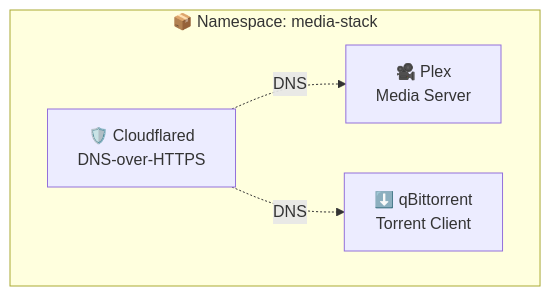
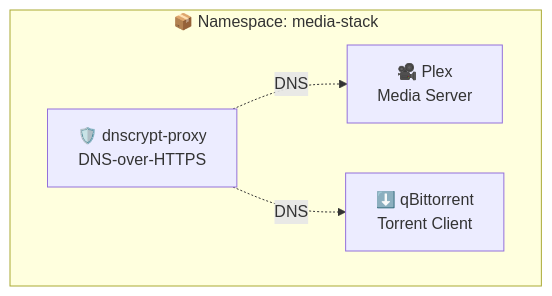
Before and after one commit to muchiny/media-stack-k8s: the second of 2 diagrams in base/README.md, drawn with Mermaid. The commit also changed 17 other files, not shown here.

First line of the commit message:
chore: Complete cloudflared to dnscrypt-proxy migration

````diff
--- a/base/README.md
+++ b/base/README.md
@@ -39,11 +39,11 @@
 ```mermaid
 graph TB
     subgraph "📦 Namespace: media-stack"
-        CF[🛡️ Cloudflared<br/>DNS-over-HTTPS]
+        DNS[🛡️ dnscrypt-proxy<br/>DNS-over-HTTPS]
         PX[🎥 Plex<br/>Media Server]
         QB[⬇️ qBittorrent<br/>Torrent Client]
     end
 
-    CF -.->|"DNS"| PX
-    CF -.->|"DNS"| QB
+    DNS -.->|"DNS"| PX
+    DNS -.->|"DNS"| QB
 ```
````
